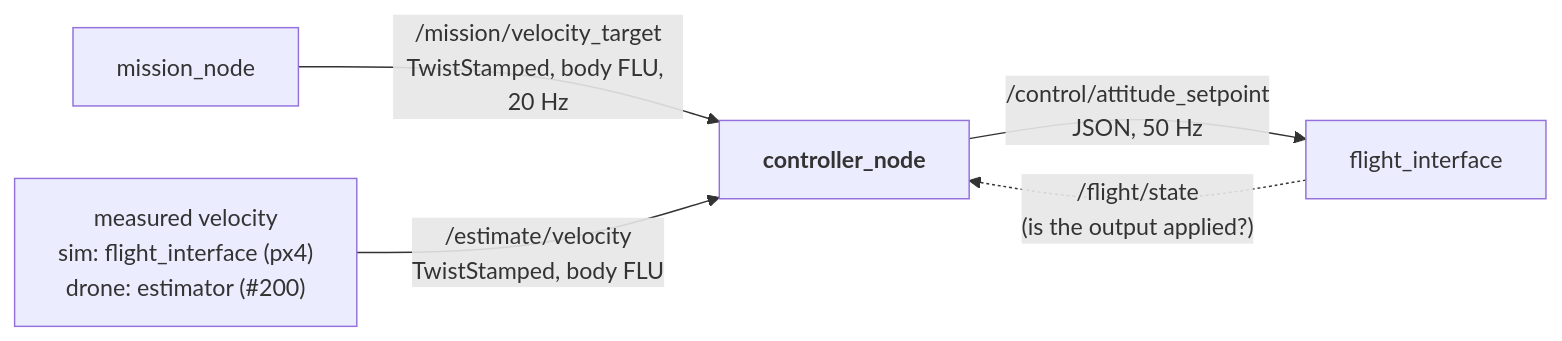
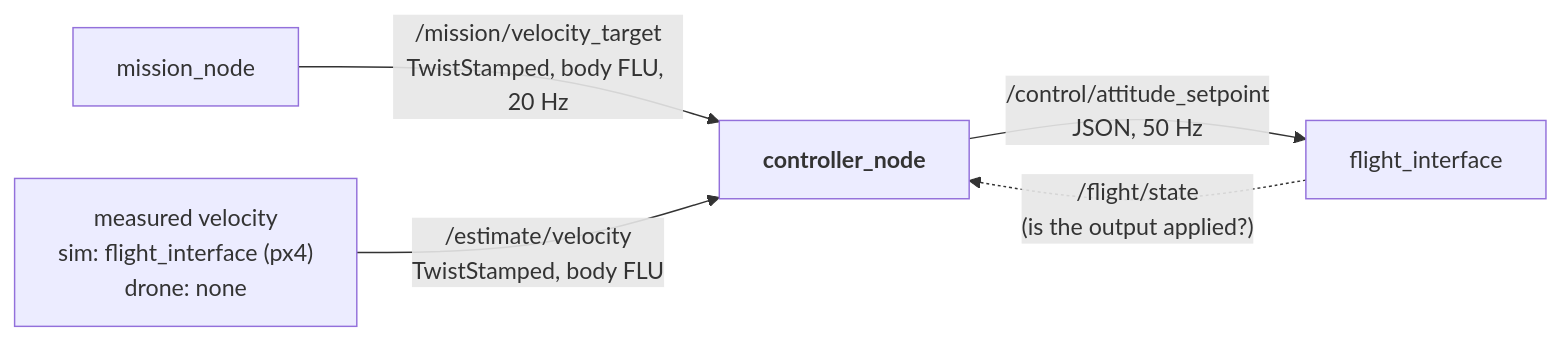
One commit to SEAME-pt/SEA-ME_Team1_ROSRangers changed the diagram in docs/PraticalPlan/06 Gestures/07 Controller Node.md. Above: the diagram before and after it, drawn with Mermaid. The commit also changed other lines of this file and 8 other files, not shown here.

Commit message:
Record that the controller is sim-only on the drone (#199)

````diff
--- a/docs/PraticalPlan/06 Gestures/07 Controller Node.md
+++ b/docs/PraticalPlan/06 Gestures/07 Controller Node.md
@@ -33,7 +33,7 @@
 ```mermaid
 flowchart LR
   M[mission_node] -->|"/mission/velocity_target<br/>TwistStamped, body FLU, 20 Hz"| C["<b>controller_node</b>"]
-  E["measured velocity<br/>sim: flight_interface (px4)<br/>drone: estimator (#200)"] -->|"/estimate/velocity<br/>TwistStamped, body FLU"| C
+  E["measured velocity<br/>sim: flight_interface (px4)<br/>drone: none"] -->|"/estimate/velocity<br/>TwistStamped, body FLU"| C
   C -->|"/control/attitude_setpoint<br/>JSON, 50 Hz"| FI[flight_interface]
   FI -.->|"/flight/state<br/>(is the output applied?)"| C
 ```
````
